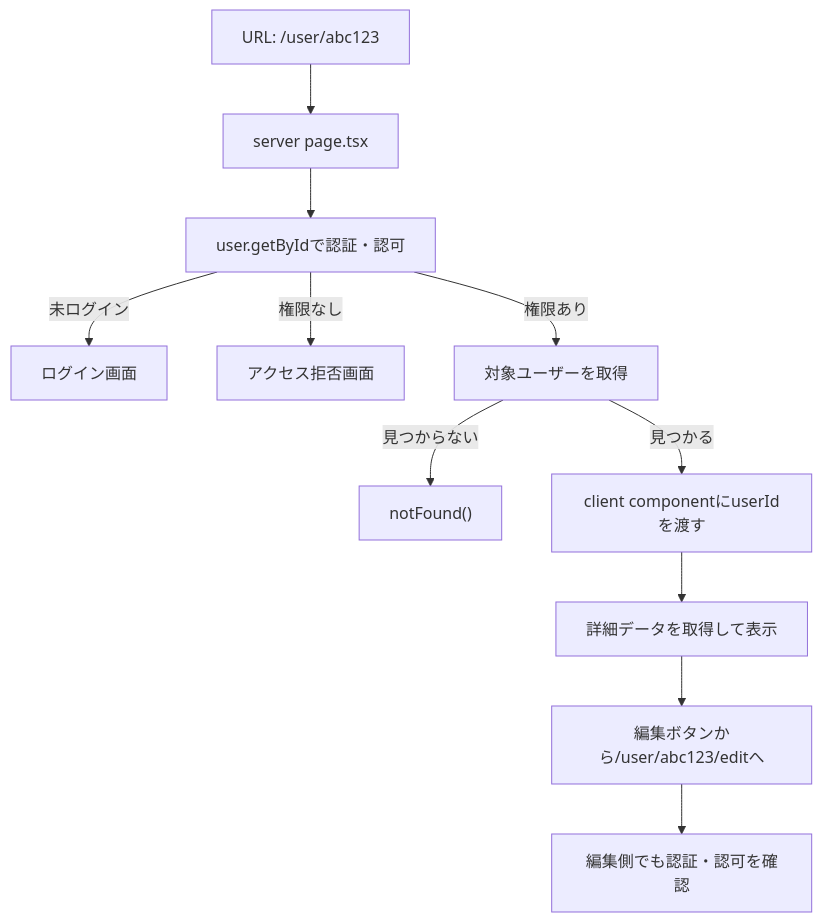
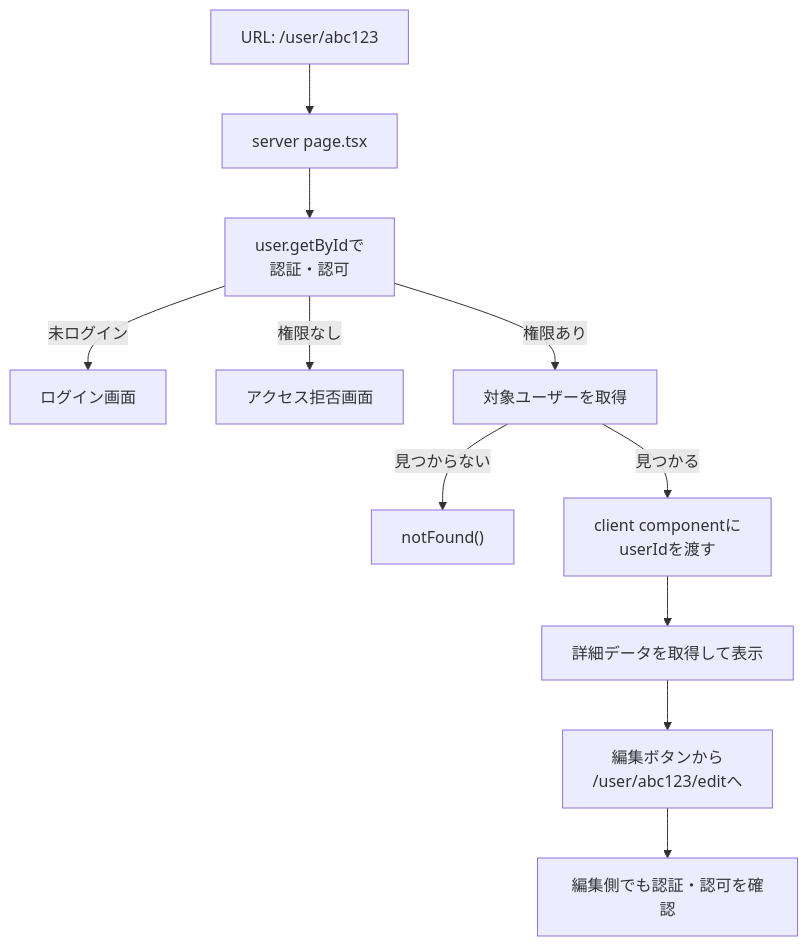
One commit to kouiso/task-app changed the first of 3 diagrams in material/30days-curriculum/day29_ユーザー詳細・編集ページを作ろう.md. Above: the diagram before and after it, drawn with Mermaid. The commit also changed other lines of this file and 24 other files, not shown here.

First line of the commit message:
fix(material): Mermaid 図のファイル名キャプションとノード途中折れを直す (#457) (#718)

````diff
--- a/material/30days-curriculum/day29_ユーザー詳細・編集ページを作ろう.md
+++ b/material/30days-curriculum/day29_ユーザー詳細・編集ページを作ろう.md
@@ -38,13 +38,13 @@
 ```mermaid
 flowchart TD
     A["URL: /user/abc123"] --> B["server page.tsx"]
-    B --> C["user.getByIdで認証・認可"]
+    B --> C["user.getByIdで<br/>認証・認可"]
     C -->|未ログイン| D["ログイン画面"]
     C -->|権限なし| E["アクセス拒否画面"]
     C -->|権限あり| F["対象ユーザーを取得"]
     F -->|見つからない| G["notFound()"]
-    F -->|見つかる| H["client componentにuserIdを渡す"]
+    F -->|見つかる| H["client componentに<br/>userIdを渡す"]
     H --> I["詳細データを取得して表示"]
-    I --> J["編集ボタンから/user/abc123/editへ"]
+    I --> J["編集ボタンから<br/>/user/abc123/editへ"]
     J --> K["編集側でも認証・認可を確認"]
 ```
````
